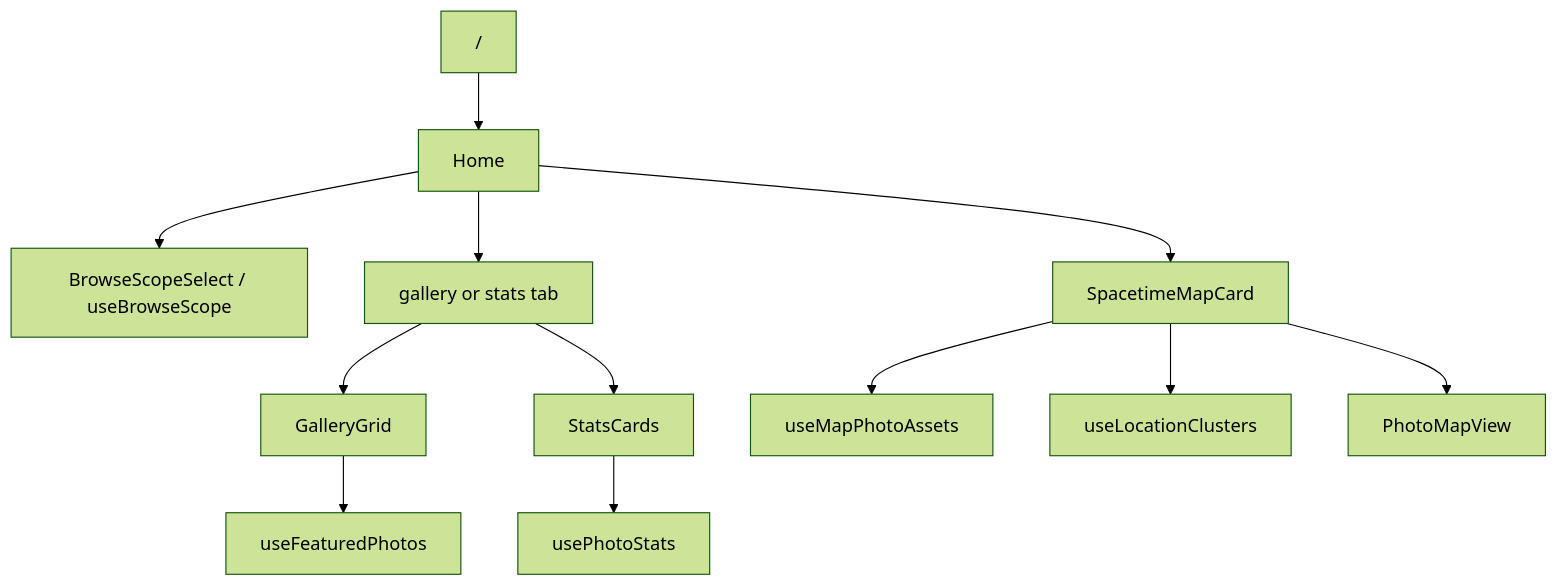
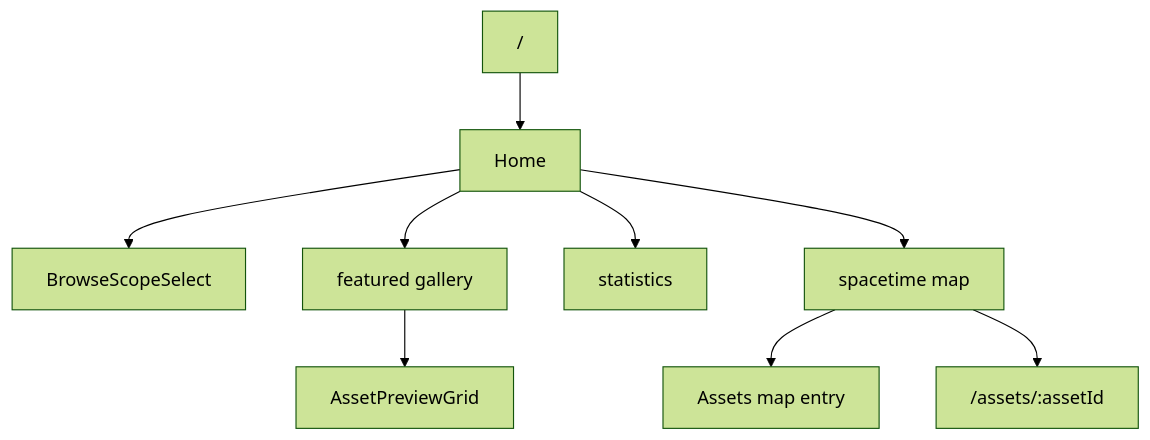
One commit to EdwinZhanCN/Lumilio-Photos changed the diagram in web/src/features/home/doc.md. Above: the diagram before and after it, drawn with Mermaid (forest theme). The commit also changed other lines of this file and 74 other files, not shown here.

````diff
--- a/web/src/features/home/doc.md
+++ b/web/src/features/home/doc.md
@@ -47,14 +21,11 @@
 ```mermaid
 flowchart TD
     ROUTE["/"] --> HOME["Home"]
-    HOME --> SCOPE["BrowseScopeSelect / useBrowseScope"]
-    HOME --> TABS["gallery or stats tab"]
-    TABS --> GALLERY["GalleryGrid"]
-    TABS --> STATS["StatsCards"]
-    HOME --> MAP["SpacetimeMapCard"]
-    GALLERY --> FEATURED["useFeaturedPhotos"]
-    STATS --> PHOTO_STATS["usePhotoStats"]
-    MAP --> MAP_POINTS["useMapPhotoAssets"]
-    MAP --> CLUSTERS["useLocationClusters"]
-    MAP --> PHOTO_MAP["PhotoMapView"]
+    HOME --> SCOPE["BrowseScopeSelect"]
+    HOME --> GALLERY["featured gallery"]
+    HOME --> STATS["statistics"]
+    HOME --> MAP["spacetime map"]
+    GALLERY --> ASSETS["AssetPreviewGrid"]
+    MAP --> MAPENTRY["Assets map entry"]
+    MAP --> ROUTEASSET["/assets/:assetId"]
 ```
````
